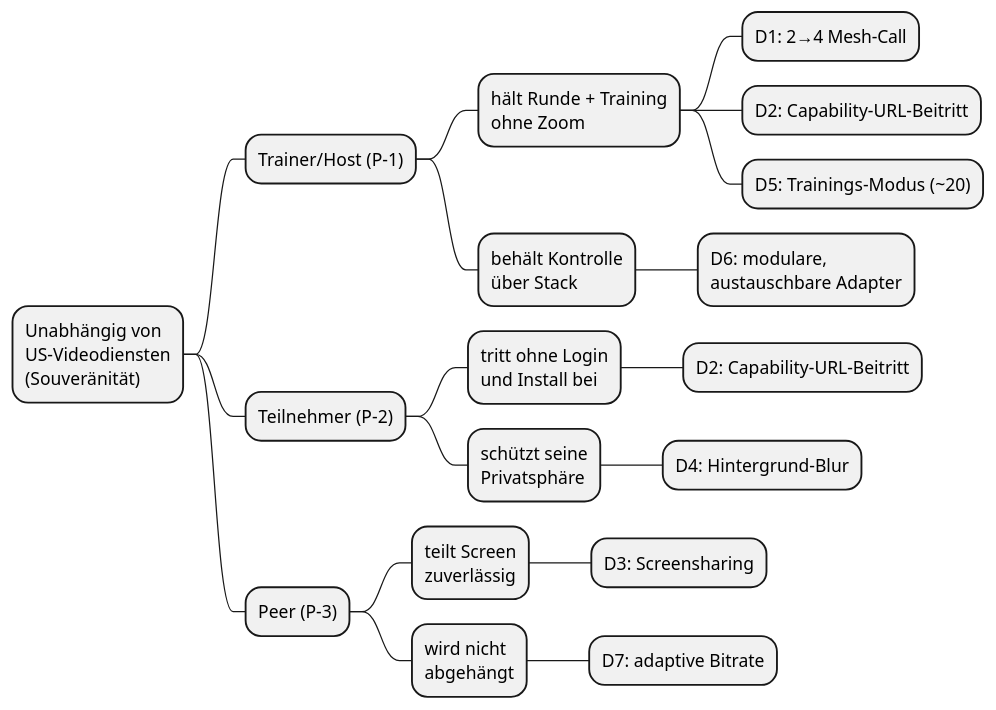
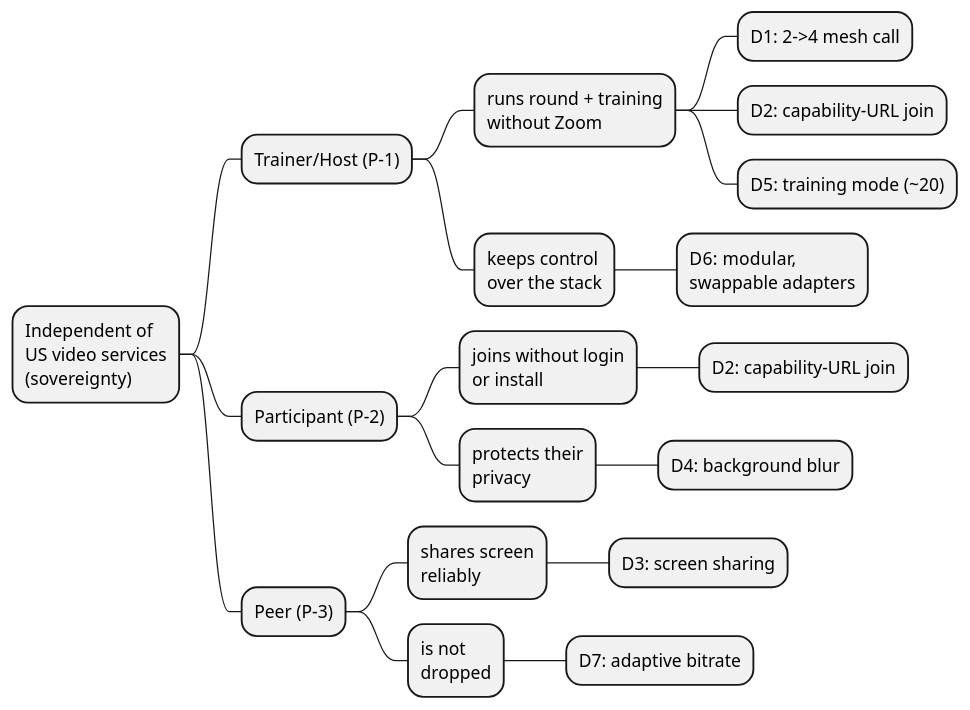
One commit to raifdmueller/ultrathink.call changed the diagram in src/docs/prd.adoc. Above: the diagram before and after it, drawn with PlantUML. The commit also changed other lines of this file and 1 other file, not shown here.

```diff
--- a/src/docs/prd.adoc
+++ b/src/docs/prd.adoc
@@ -83,23 +83,23 @@
 [plantuml,impact-map,svg]
 ----
 @startmindmap
-* Unabhängig von\nUS-Videodiensten\n(Souveränität)
+* Independent of\nUS video services\n(sovereignty)
 ** Trainer/Host (P-1)
-*** hält Runde + Training\nohne Zoom
-**** D1: 2→4 Mesh-Call
-**** D2: Capability-URL-Beitritt
-**** D5: Trainings-Modus (~20)
-*** behält Kontrolle\nüber Stack
-**** D6: modulare,\naustauschbare Adapter
-** Teilnehmer (P-2)
-*** tritt ohne Login\nund Install bei
-**** D2: Capability-URL-Beitritt
-*** schützt seine\nPrivatsphäre
-**** D4: Hintergrund-Blur
+*** runs round + training\nwithout Zoom
+**** D1: 2->4 mesh call
+**** D2: capability-URL join
+**** D5: training mode (~20)
+*** keeps control\nover the stack
+**** D6: modular,\nswappable adapters
+** Participant (P-2)
+*** joins without login\nor install
+**** D2: capability-URL join
+*** protects their\nprivacy
+**** D4: background blur
 ** Peer (P-3)
-*** teilt Screen\nzuverlässig
-**** D3: Screensharing
-*** wird nicht\nabgehängt
-**** D7: adaptive Bitrate
+*** shares screen\nreliably
+**** D3: screen sharing
+*** is not\ndropped
+**** D7: adaptive bitrate
 @endmindmap
 ----
```
